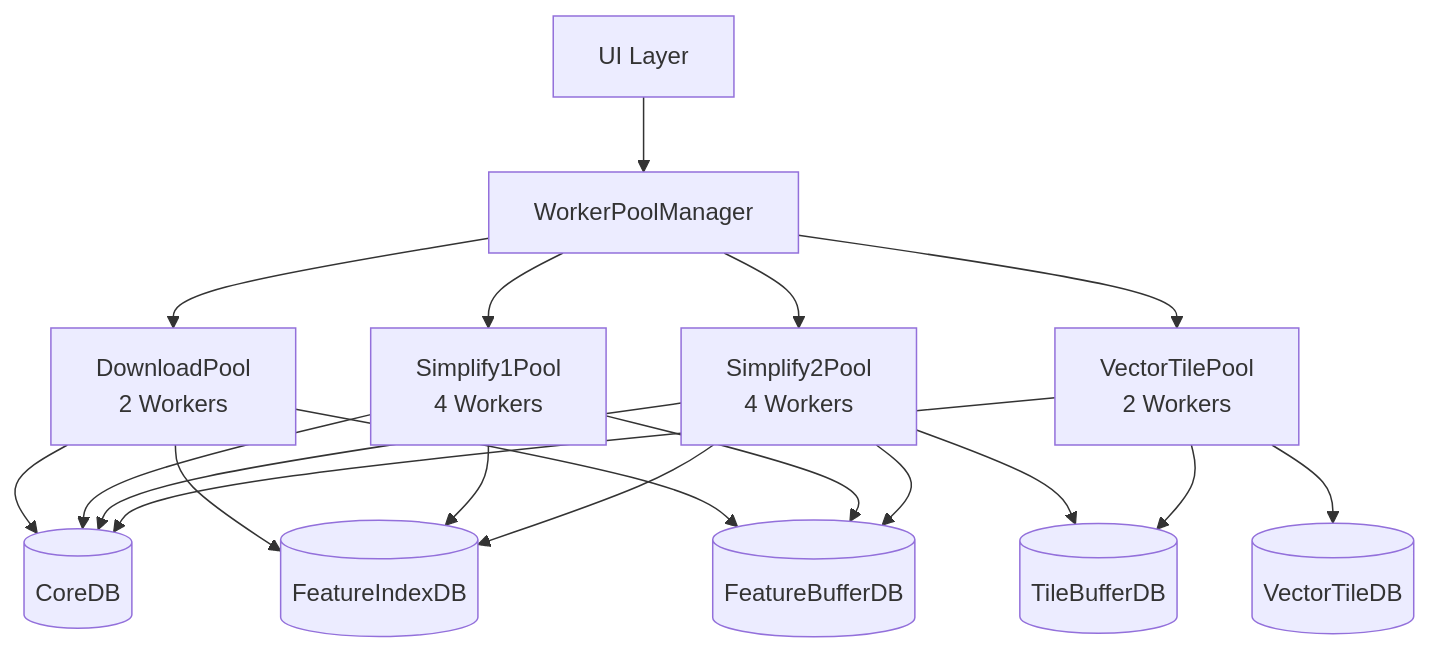
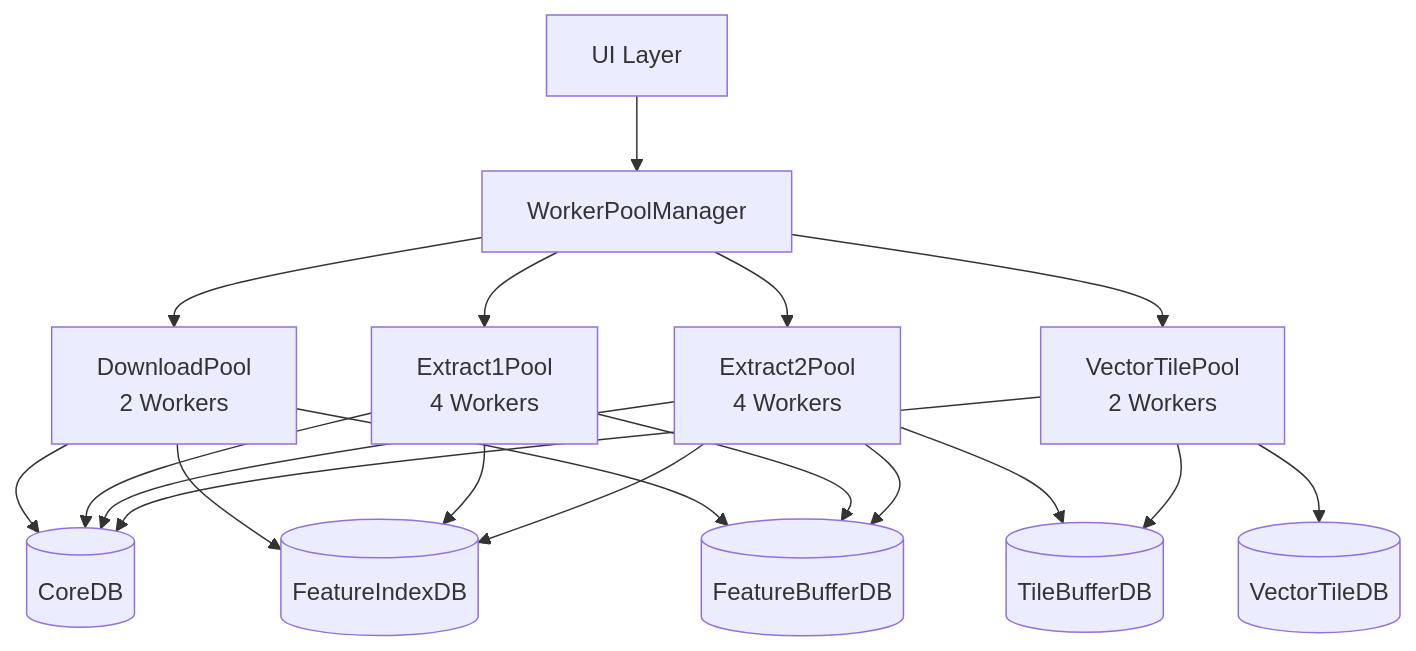
One commit to kubohiroya/hierarchidb changed the first of 2 diagrams in docs/deprecated/REPORT/shape/lifecycle.md. Above: the diagram before and after it, drawn with Mermaid. The commit also changed other lines of this file and 185 other files, not shown here.

````diff
--- a/docs/deprecated/REPORT/shape/lifecycle.md
+++ b/docs/deprecated/REPORT/shape/lifecycle.md
@@ -11,26 +11,26 @@
 ```mermaid
 graph TD
     A[UI Layer] --> B[WorkerPoolManager]
     B --> C[DownloadPool<br/>2 Workers]
-    B --> D[Simplify1Pool<br/>4 Workers]
-    B --> E[Simplify2Pool<br/>4 Workers]
+    B --> D[Extract1Pool<br/>4 Workers]
+    B --> E[Extract2Pool<br/>4 Workers]
     B --> F[VectorTilePool<br/>2 Workers]
     
     C --> G[(CoreDB)]
     D --> G
     E --> G
     F --> G
     
     C --> H[(FeatureIndexDB)]
     D --> H
     E --> H
     
     C --> I[(FeatureBufferDB)]
     D --> I
     E --> I
     
     E --> J[(TileBufferDB)]
     F --> J
     
     F --> K[(VectorTileDB)]
 ```
````
